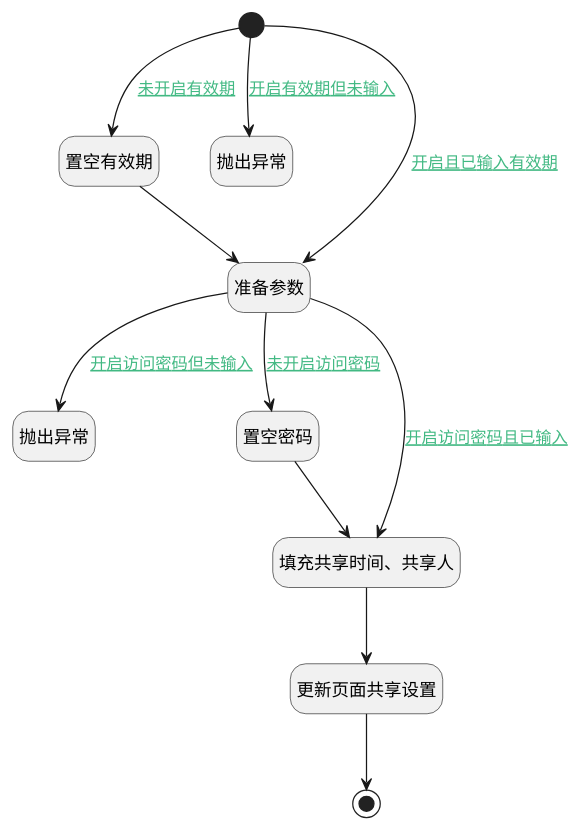
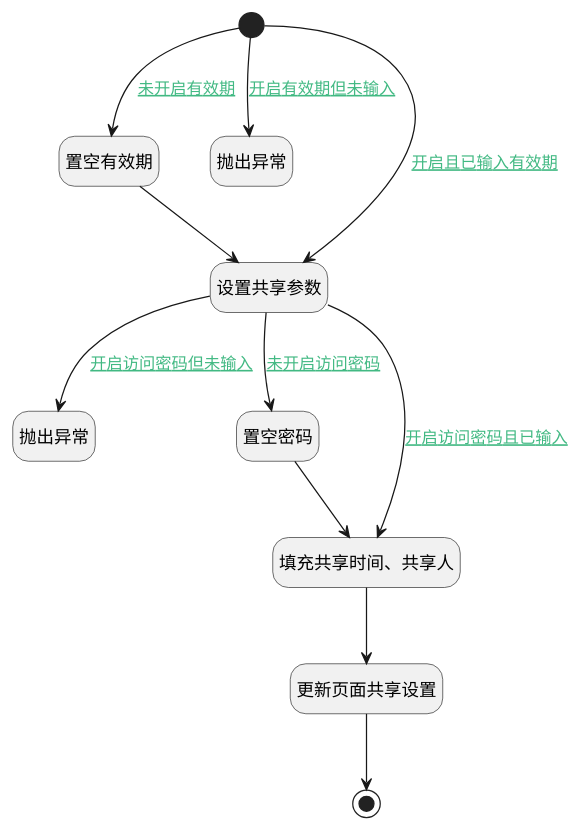
Before and after one commit to iBizLab/plm: the diagram in doc/docsify/module/Wiki/article_page/logic/shared_setting.md, drawn with PlantUML. The commit also changed other lines of this file and 1778 other files, not shown here.

````diff
--- a/doc/docsify/module/Wiki/article_page/logic/shared_setting.md
+++ b/doc/docsify/module/Wiki/article_page/logic/shared_setting.md
@@ -7,35 +7,35 @@
 ```plantuml
 @startuml
 hide empty description
 <style>
 root {
   HyperlinkColor #42b983
 }
 </style>
 
 hide empty description
 state "开始" as Begin <<start>> [[$./shared_setting#begin {"开始"}]]
 state "置空有效期" as PREPAREPARAM1  [[$./shared_setting#prepareparam1 {"置空有效期"}]]
 state "抛出异常" as THROWEXCEPTION1  [[$./shared_setting#throwexception1 {"抛出异常"}]]
-state "准备参数" as PREPAREPARAM2  [[$./shared_setting#prepareparam2 {"准备参数"}]]
+state "设置共享参数" as PREPAREPARAM2  [[$./shared_setting#prepareparam2 {"设置共享参数"}]]
 state "抛出异常" as THROWEXCEPTION2  [[$./shared_setting#throwexception2 {"抛出异常"}]]
 state "置空密码" as PREPAREPARAM3  [[$./shared_setting#prepareparam3 {"置空密码"}]]
 state "填充共享时间、共享人" as RAWSFCODE1  [[$./shared_setting#rawsfcode1 {"填充共享时间、共享人"}]]
 state "更新页面共享设置" as DEACTION1  [[$./shared_setting#deaction1 {"更新页面共享设置"}]]
 state "结束" as END1 <<end>> [[$./shared_setting#end1 {"结束"}]]
 
 
 Begin --> PREPAREPARAM1 : [[$./shared_setting#begin-prepareparam1{未开启有效期} 未开启有效期]]
 PREPAREPARAM1 --> PREPAREPARAM2
 PREPAREPARAM2 --> PREPAREPARAM3 : [[$./shared_setting#prepareparam2-prepareparam3{未开启访问密码} 未开启访问密码]]
 PREPAREPARAM3 --> RAWSFCODE1
 RAWSFCODE1 --> DEACTION1
 DEACTION1 --> END1
 PREPAREPARAM2 --> RAWSFCODE1 : [[$./shared_setting#prepareparam2-rawsfcode1{开启访问密码且已输入} 开启访问密码且已输入]]
 PREPAREPARAM2 --> THROWEXCEPTION2 : [[$./shared_setting#prepareparam2-throwexception2{开启访问密码但未输入} 开启访问密码但未输入]]
 Begin --> PREPAREPARAM2 : [[$./shared_setting#begin-prepareparam2{开启且已输入有效期} 开启且已输入有效期]]
 Begin --> THROWEXCEPTION1 : [[$./shared_setting#begin-throwexception1{开启有效期但未输入} 开启有效期但未输入]]
 
 
 @enduml
 ```
````
